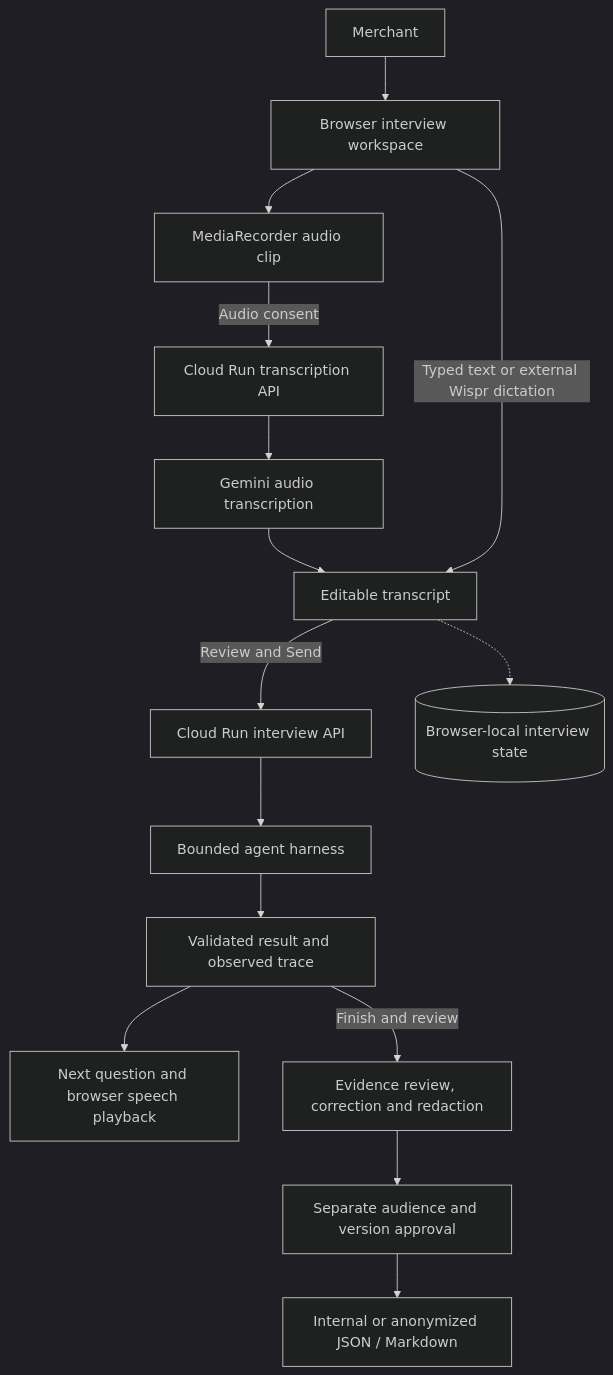
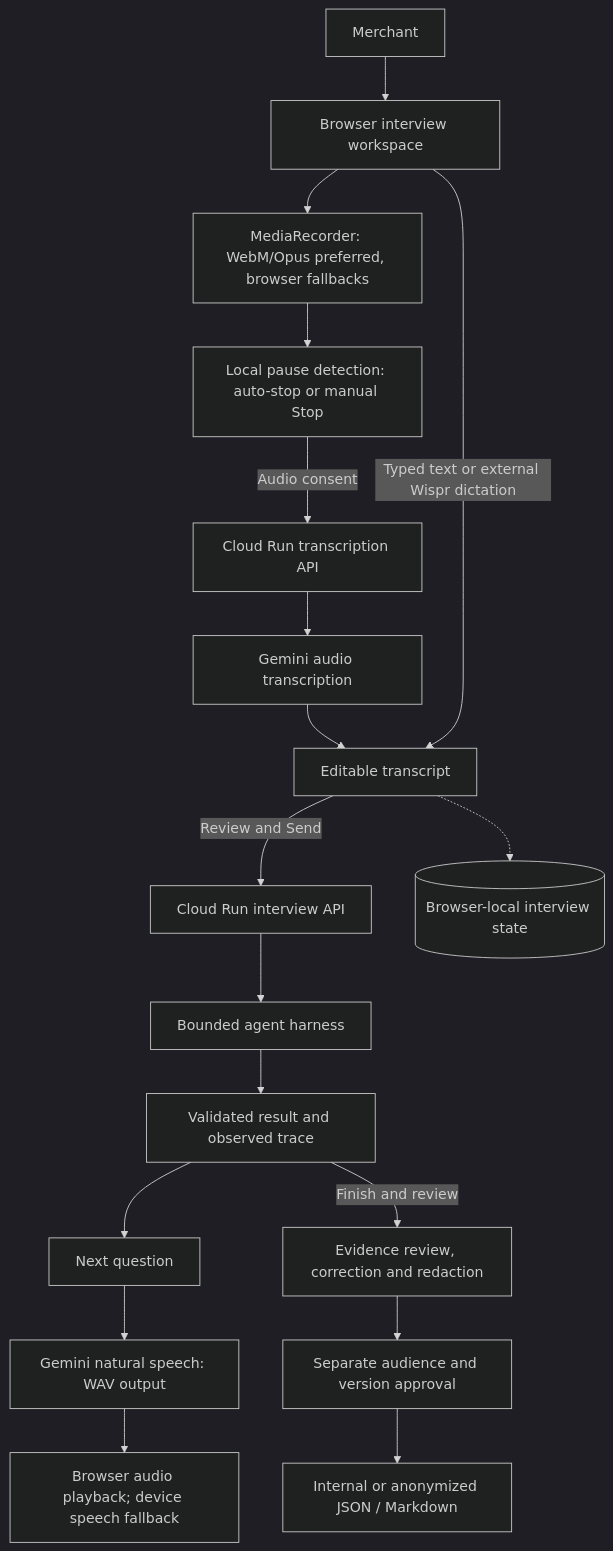
The first of 2 diagrams in README.md (gowtham66867/merchantlens-paytm), drawn with Mermaid (dark theme) before and after one commit. The commit also changed other lines of this file and 3 other files, not shown here.

````diff
--- a/README.md
+++ b/README.md
@@ -70,17 +74,20 @@
 ```mermaid
 flowchart TD
     Merchant["Merchant"] --> Input["Browser interview workspace"]
-    Input --> Record["MediaRecorder audio clip"]
-    Record -->|"Audio consent"| STT["Cloud Run transcription API"]
+    Input --> Record["MediaRecorder: WebM/Opus preferred, browser fallbacks"]
+    Record --> VAD["Local pause detection: auto-stop or manual Stop"]
+    VAD -->|"Audio consent"| STT["Cloud Run transcription API"]
     STT --> Google["Gemini audio transcription"]
     Google --> Draft["Editable transcript"]
     Input -->|"Typed text or external Wispr dictation"| Draft
     Draft -->|"Review and Send"| API["Cloud Run interview API"]
     API --> Harness["Bounded agent harness"]
     Harness --> Result["Validated result and observed trace"]
-    Result --> Next["Next question and browser speech playback"]
+    Result --> Next["Next question"]
+    Next --> TTS["Gemini natural speech: WAV output"]
+    TTS --> Playback["Browser audio playback; device speech fallback"]
     Result -->|"Finish and review"| Review["Evidence review, correction and redaction"]
     Review --> Approval["Separate audience and version approval"]
     Approval --> Export["Internal or anonymized JSON / Markdown"]
     Draft -.-> Local[("Browser-local interview state")]
 ```
````
